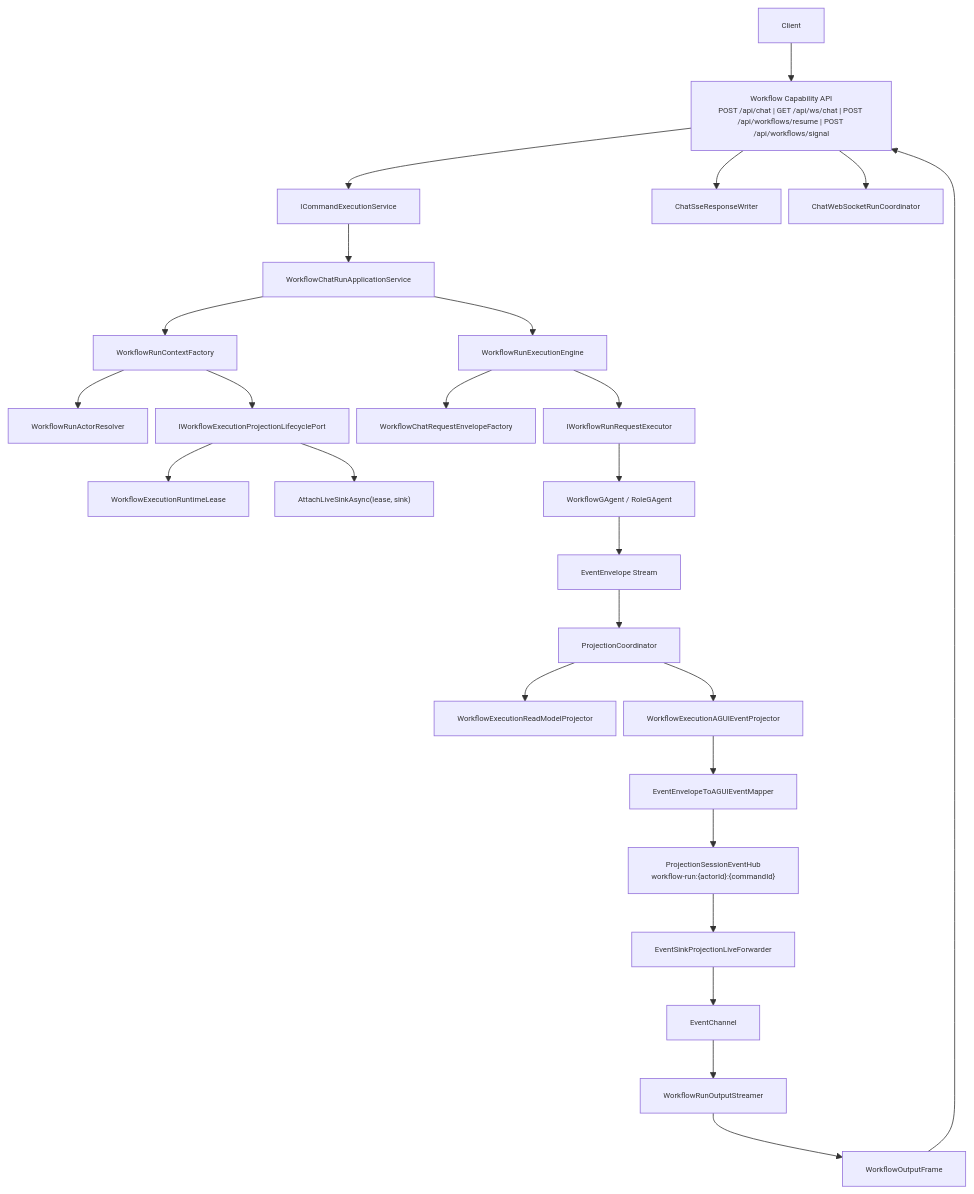
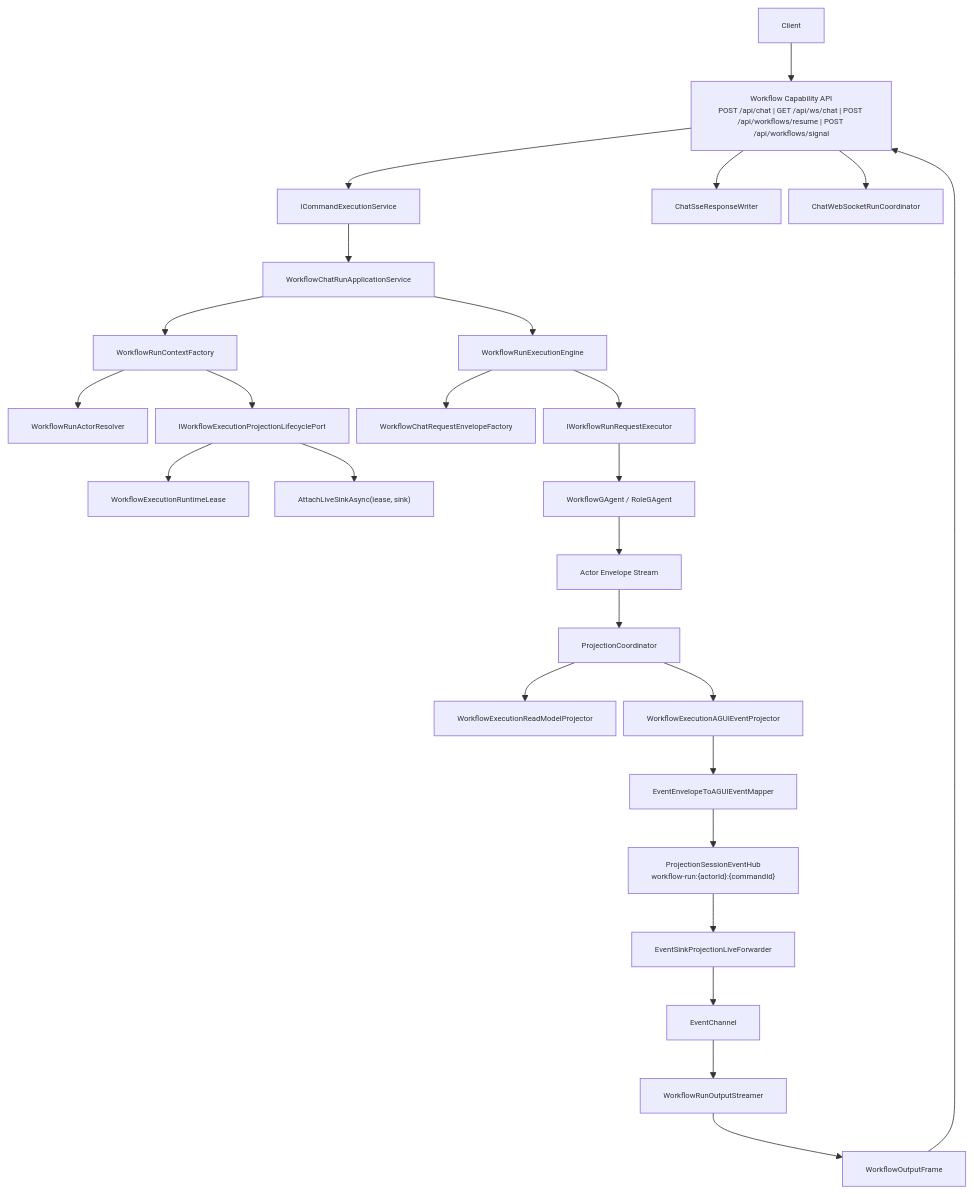
Before and after one commit to aevatarAI/aevatar: the first of 5 diagrams in docs/WORKFLOW_LLM_STREAMING_ARCHITECTURE.md, drawn with Mermaid. The commit also changed other lines of this file and 70 other files, not shown here.

````diff
--- a/docs/WORKFLOW_LLM_STREAMING_ARCHITECTURE.md
+++ b/docs/WORKFLOW_LLM_STREAMING_ARCHITECTURE.md
@@ -53,29 +58,29 @@
 ```mermaid
 %%{init: {"maxTextSize": 100000, "flowchart": {"useMaxWidth": false, "nodeSpacing": 10, "rankSpacing": 50}, "themeVariables": {"fontSize": "10px"}}}%%
 flowchart TB
     C["Client"] --> H["Workflow Capability API\nPOST /api/chat | GET /api/ws/chat | POST /api/workflows/resume | POST /api/workflows/signal"]
     H --> CMD["ICommandExecutionService"]
     CMD --> APP["WorkflowChatRunApplicationService"]
     APP --> CTX["WorkflowRunContextFactory"]
     CTX --> RES["WorkflowRunActorResolver"]
     CTX --> LIF["IWorkflowExecutionProjectionLifecyclePort"]
     LIF --> LEASE["WorkflowExecutionRuntimeLease"]
     LIF --> SUB["AttachLiveSinkAsync(lease, sink)"]
     APP --> ENG["WorkflowRunExecutionEngine"]
     ENG --> FAC["WorkflowChatRequestEnvelopeFactory"]
     ENG --> EXE["IWorkflowRunRequestExecutor"]
     EXE --> ACT["WorkflowGAgent / RoleGAgent"]
-    ACT --> EVT["EventEnvelope Stream"]
+    ACT --> EVT["Actor Envelope Stream"]
     EVT --> COOR["ProjectionCoordinator"]
     COOR --> RM["WorkflowExecutionReadModelProjector"]
     COOR --> AGP["WorkflowExecutionAGUIEventProjector"]
     AGP --> MAP["EventEnvelopeToAGUIEventMapper"]
     MAP --> HUB["ProjectionSessionEventHub\nworkflow-run:{actorId}:{commandId}"]
     HUB --> FWD["EventSinkProjectionLiveForwarder<WorkflowExecutionRuntimeLease, WorkflowRunEvent>"]
     FWD --> CH["EventChannel<WorkflowRunEvent>"]
     CH --> STR["WorkflowRunOutputStreamer"]
     STR --> FR["WorkflowOutputFrame"]
     FR --> H
     H --> SSE["ChatSseResponseWriter"]
     H --> WS["ChatWebSocketRunCoordinator"]
 ```
````
